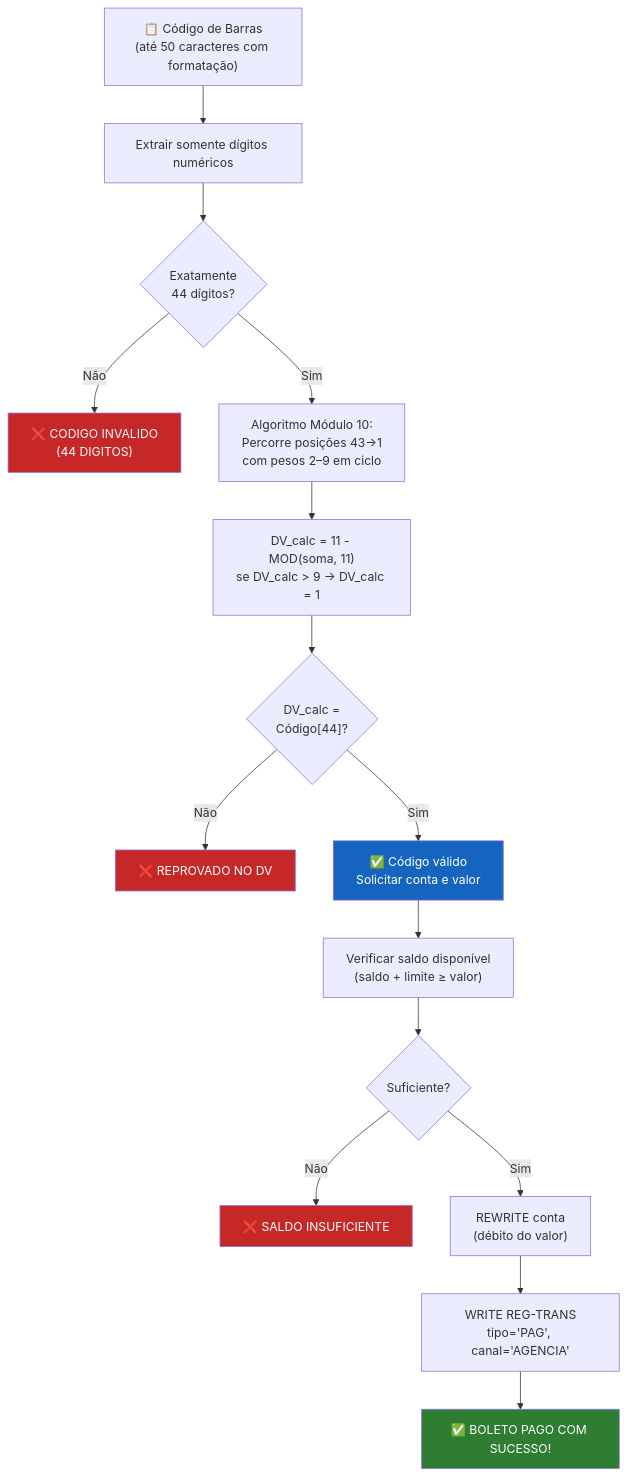
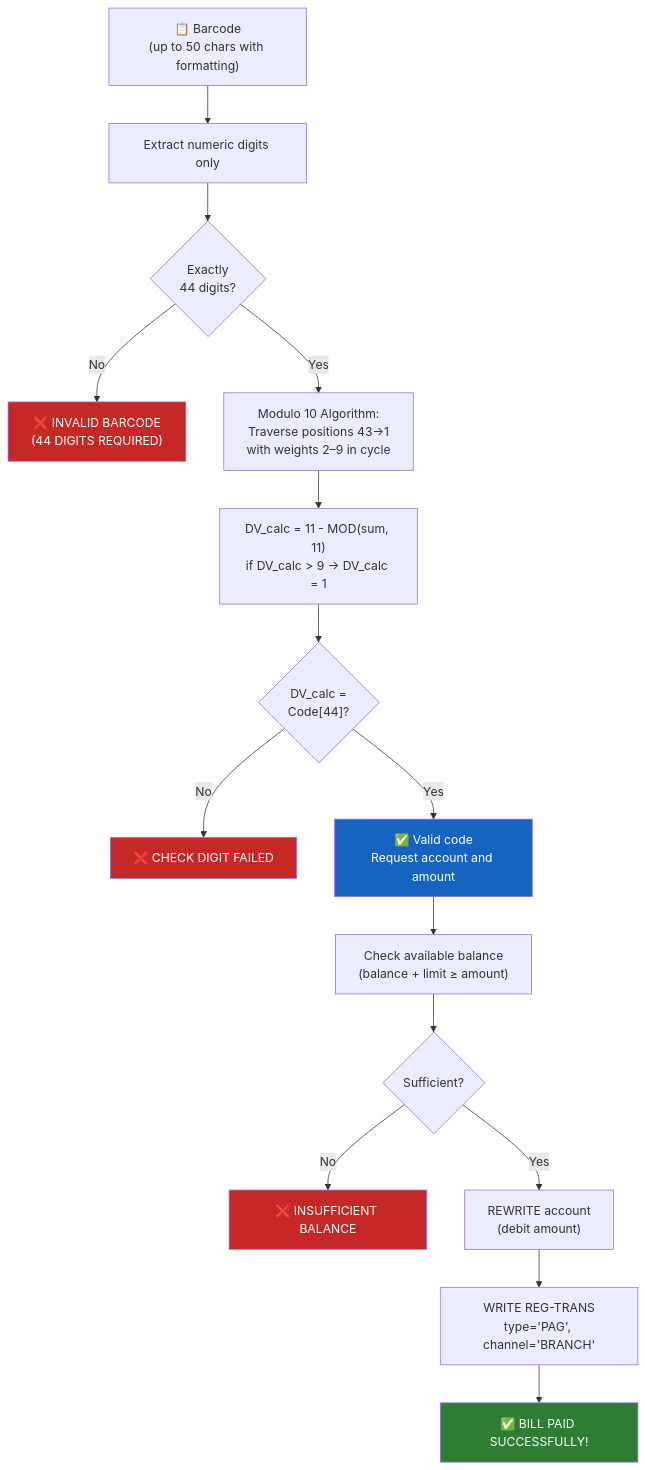
The ninth of 11 diagrams in README.md (VictorHJesusSantiago/bank_system), drawn with Mermaid before and after one commit. The commit also changed other lines of this file and 2 other files, not shown here.

````diff
--- a/README.md
+++ b/README.md
@@ -1088,23 +1094,23 @@
 ```mermaid
 flowchart TD
-    A["📋 Código de Barras\n(até 50 caracteres com formatação)"] --> B["Extrair somente dígitos numéricos"]
-    B --> C{"Exatamente\n44 dígitos?"}
-    C -->|"Não"| E1["❌ CODIGO INVALIDO\n(44 DIGITOS)"]
-    C -->|"Sim"| D["Algoritmo Módulo 10:\nPercorre posições 43→1\ncom pesos 2–9 em ciclo"]
-    D --> E["DV_calc = 11 - MOD(soma, 11)\nse DV_calc > 9 → DV_calc = 1"]
-    E --> G{"DV_calc =\nCódigo[44]?"}
-    G -->|"Não"| E2["❌ REPROVADO NO DV"]
-    G -->|"Sim"| H["✅ Código válido\nSolicitar conta e valor"]
-    H --> I["Verificar saldo disponível\n(saldo + limite ≥ valor)"]
-    I --> J{"Suficiente?"}
-    J -->|"Não"| E3["❌ SALDO INSUFICIENTE"]
-    J -->|"Sim"| K["REWRITE conta\n(débito do valor)"]
-    K --> L["WRITE REG-TRANS\ntipo='PAG', canal='AGENCIA'"]
-    L --> M["✅ BOLETO PAGO COM SUCESSO!"]
+    A["📋 Barcode\n(up to 50 chars with formatting)"] --> B["Extract numeric digits only"]
+    B --> C{"Exactly\n44 digits?"}
+    C -->|"No"| E1["❌ INVALID BARCODE\n(44 DIGITS REQUIRED)"]
+    C -->|"Yes"| D["Modulo 10 Algorithm:\nTraverse positions 43→1\nwith weights 2–9 in cycle"]
+    D --> E["DV_calc = 11 - MOD(sum, 11)\nif DV_calc > 9 → DV_calc = 1"]
+    E --> G{"DV_calc =\nCode[44]?"}
+    G -->|"No"| E2["❌ CHECK DIGIT FAILED"]
+    G -->|"Yes"| H["✅ Valid code\nRequest account and amount"]
+    H --> I["Check available balance\n(balance + limit ≥ amount)"]
+    I --> J{"Sufficient?"}
+    J -->|"No"| E3["❌ INSUFFICIENT BALANCE"]
+    J -->|"Yes"| K["REWRITE account\n(debit amount)"]
+    K --> L["WRITE REG-TRANS\ntype='PAG', channel='BRANCH'"]
+    L --> M["✅ BILL PAID SUCCESSFULLY!"]
 
     style E1 fill:#c62828,color:#fff
     style E2 fill:#c62828,color:#fff
     style E3 fill:#c62828,color:#fff
     style M fill:#2e7d32,color:#fff
     style H fill:#1565c0,color:#fff
 ```
````
